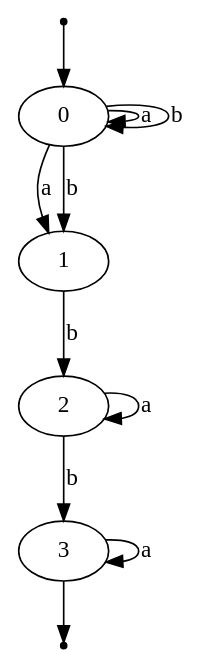
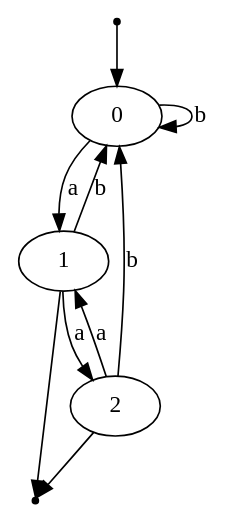
Before and after one commit to omarelhorre/automate: the diagram in demo.dot, drawn with Graphviz. The commit also changed 6 other files, not shown here.

```diff
--- a/demo.dot
+++ b/demo.dot
@@ -1,14 +1,13 @@
 digraph G {
     init [shape=point];
     fin [shape=point];
     init -> 0;
-    0 -> 0 [label="a"];
     0 -> 0 [label="b"];
     0 -> 1 [label="a"];
-    0 -> 1 [label="b"];
-    1 -> 2 [label="b"];
-    2 -> 2 [label="a"];
-    2 -> 3 [label="b"];
-    3 -> 3 [label="a"];
-    3 -> fin;
+    1 -> 0 [label="b"];
+    1 -> 2 [label="a"];
+    2 -> 0 [label="b"];
+    2 -> 1 [label="a"];
+    2 -> fin;
+    1 -> fin;
 }
```
